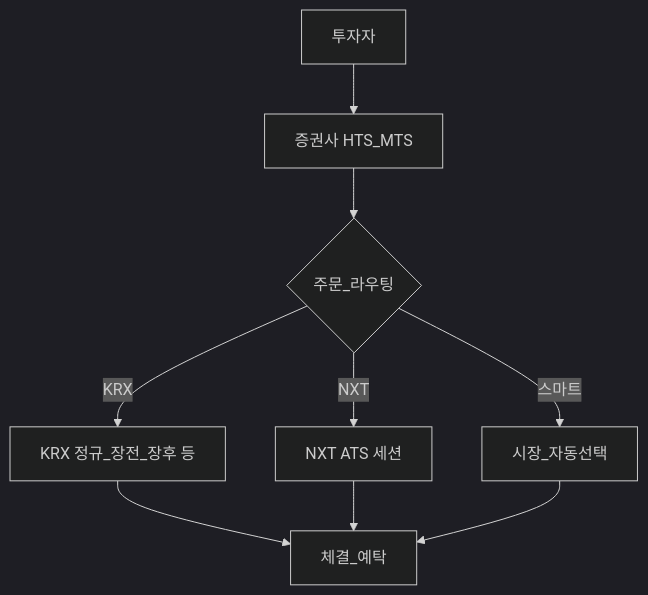
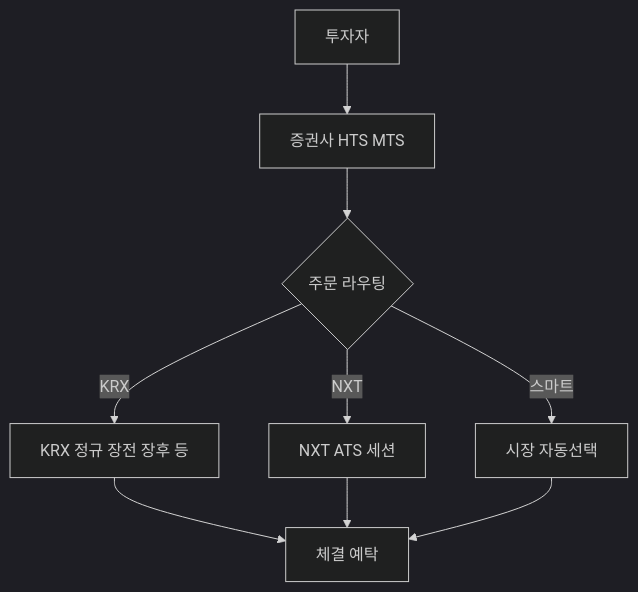
One commit to goldanghenry/Finances changed the first of 2 diagrams in 03-markets/korea-equity-market-structure.md. Above: the diagram before and after it, drawn with Mermaid (dark theme). The commit also changed other lines of this file and 211 other files, not shown here.

````diff
--- a/03-markets/korea-equity-market-structure.md
+++ b/03-markets/korea-equity-market-structure.md
@@ -106,11 +112,11 @@
 ```mermaid
 flowchart TD
-  Inv[투자자] --> Br[증권사 HTS_MTS]
-  Br --> R{주문_라우팅}
-  R -->|KRX| K[KRX 정규_장전_장후 등]
+  Inv[투자자] --> Br["증권사 HTS MTS"]
+  Br --> R{"주문 라우팅"}
+  R -->|KRX| K["KRX 정규 장전 장후 등"]
   R -->|NXT| N[NXT ATS 세션]
-  R -->|스마트| S[시장_자동선택]
-  K --> F[체결_예탁]
+  R -->|스마트| S["시장 자동선택"]
+  K --> F["체결 예탁"]
   N --> F
   S --> F
 ```
````
